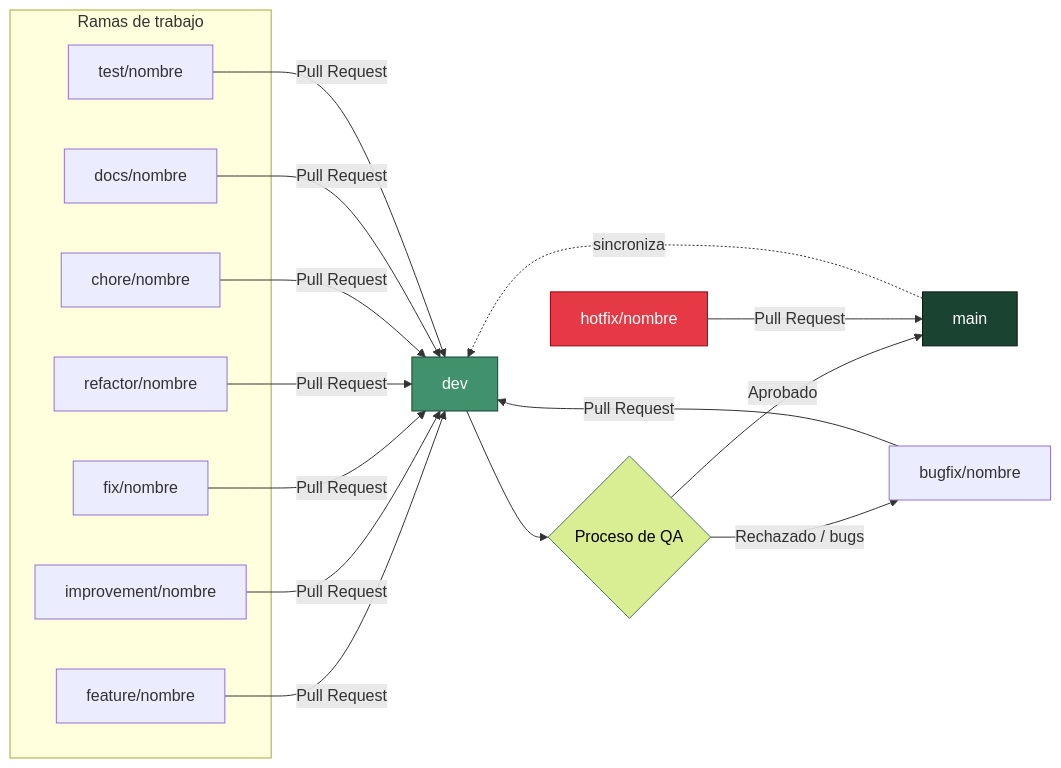
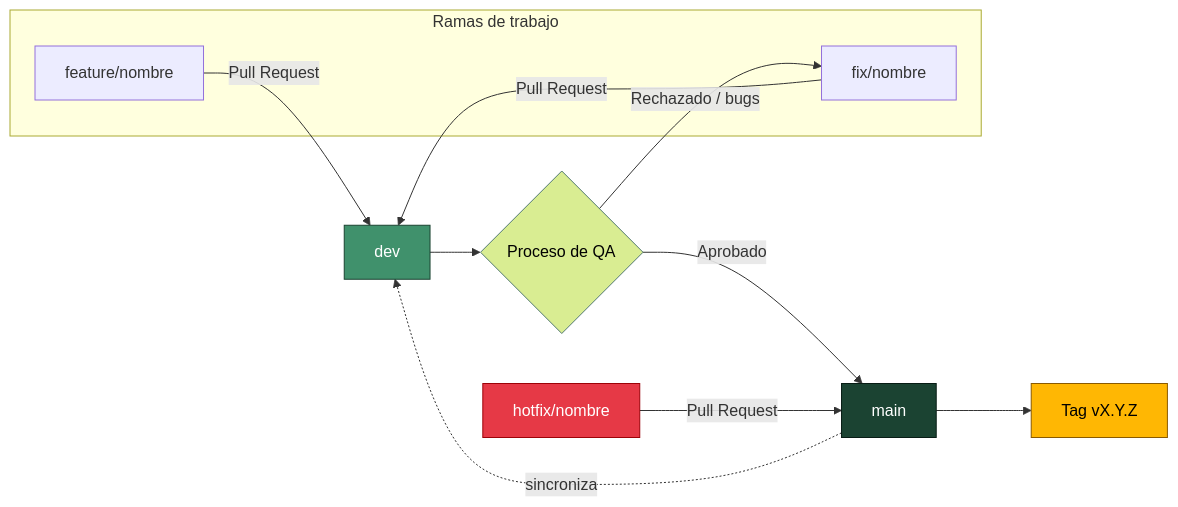
Before and after one commit to jhoncalleflores1035/precotex-backend-arquitectura: the second of 2 diagrams in Precotex.Proyecto/README.md, drawn with Mermaid. The commit also changed other lines of this file, not shown here.

````diff
--- a/Precotex.Proyecto/README.md
+++ b/Precotex.Proyecto/README.md
@@ -53,33 +53,24 @@
 ```mermaid
 flowchart LR
     subgraph WORK["Ramas de trabajo"]
         F1["feature/nombre"]
-        F2["improvement/nombre"]
-        F3["fix/nombre"]
-        F4["refactor/nombre"]
-        F5["chore/nombre"]
-        F6["docs/nombre"]
-        F7["test/nombre"]
+        F2["fix/nombre"]
     end
 
     F1 -- Pull Request --> DEV["dev"]
     F2 -- Pull Request --> DEV
-    F3 -- Pull Request --> DEV
-    F4 -- Pull Request --> DEV
-    F5 -- Pull Request --> DEV
-    F6 -- Pull Request --> DEV
-    F7 -- Pull Request --> DEV
 
     DEV --> QA{"Proceso de QA"}
+    QA -- Rechazado / bugs --> F2
     QA -- Aprobado --> MAIN["main"]
-    QA -- Rechazado / bugs --> BF["bugfix/nombre"]
-    BF -- Pull Request --> DEV
+    MAIN --> TAG["Tag vX.Y.Z"]
 
     HOT["hotfix/nombre"] -- Pull Request --> MAIN
     MAIN -. sincroniza .-> DEV
 
     style DEV fill:#40916c,stroke:#1b4332,color:#fff
     style MAIN fill:#1b4332,stroke:#081c15,color:#fff
     style QA fill:#d9ed92,stroke:#52796f,color:#000
     style HOT fill:#e63946,stroke:#9d0208,color:#fff
+    style TAG fill:#ffb703,stroke:#8a5a00,color:#000
 ```
````
